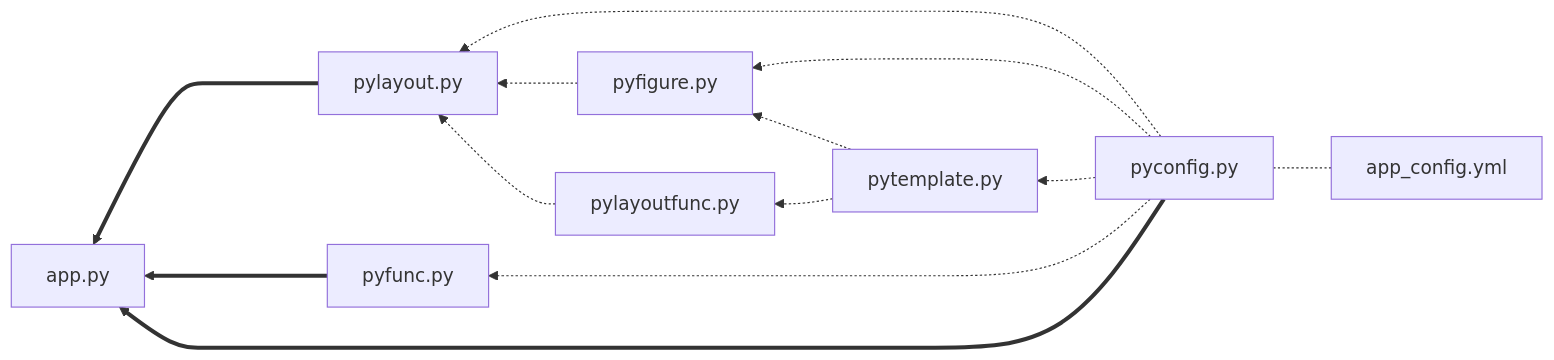
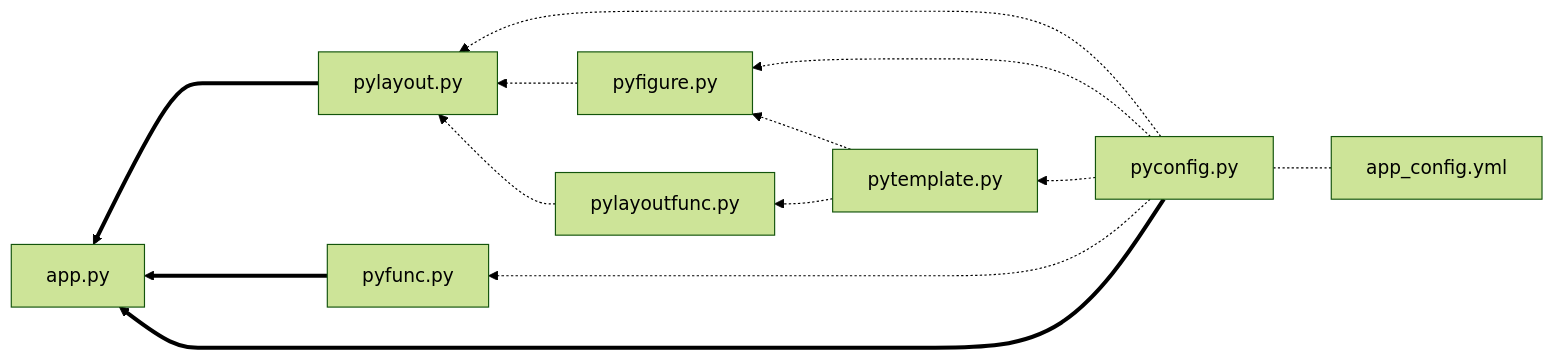
One commit to fiakoengineering/manual changed the first of 5 diagrams in webapps/webapps-rainfall.qmd. Above: the diagram before and after it, drawn with Mermaid. The commit also changed other lines of this file and 4 other files, not shown here.

Commit message:
tambah penjelasan dan diagram (#2)

````diff
--- a/webapps/webapps-rainfall.qmd
+++ b/webapps/webapps-rainfall.qmd
@@ -206,33 +208,33 @@
 ```{mermaid}
 %%| label: fig-structure-apps
 %%| fig-cap: Gambaran struktur aplikasi[^str-apps].
 %%| fig-height: 100%
-%%{ init: { 'flowchart': { 'curve': 'bump' } } }%%
+%%{ init: { 'flowchart': { 'curve': 'bump' }, 'theme': 'forest' } }%%
 flowchart RL
     pylayout[pylayout.py]
     pylayoutfunc[pylayoutfunc.py]
     pyfigure[pyfigure.py]
     pytemplate[pytemplate.py]
     pyfunc[pyfunc.py]
     pyconfig[pyconfig.py]
     appconfig[app_config.yml]
     app[app.py]
 
     appconfig -.- pyconfig
 
     pyconfig -.-> pylayout
     pyconfig -.-> pyfigure
     pyconfig -.-> pytemplate
     pyconfig -.-> pyfunc
     
     pytemplate -.-> pyfigure
     pytemplate -.-> pylayoutfunc
     
     
     pylayoutfunc -.-> pylayout
     pyfigure -.-> pylayout
     
     pyconfig ====> app
     pylayout ====> app
     pyfunc ====> app
 ```
````
